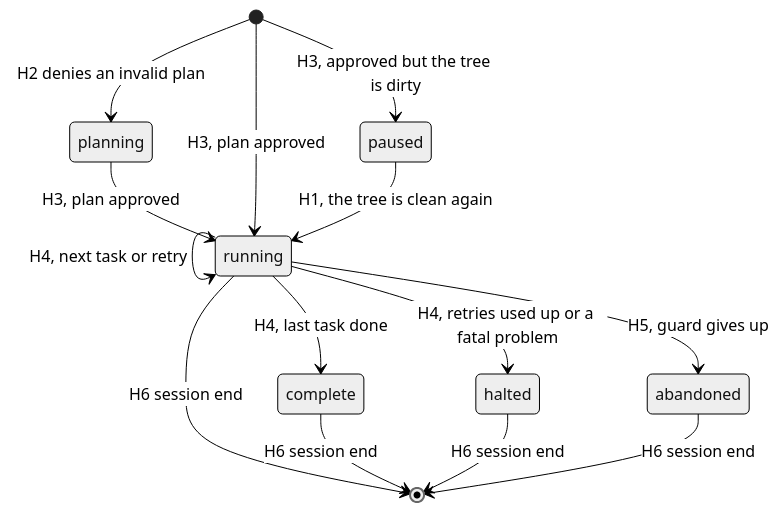
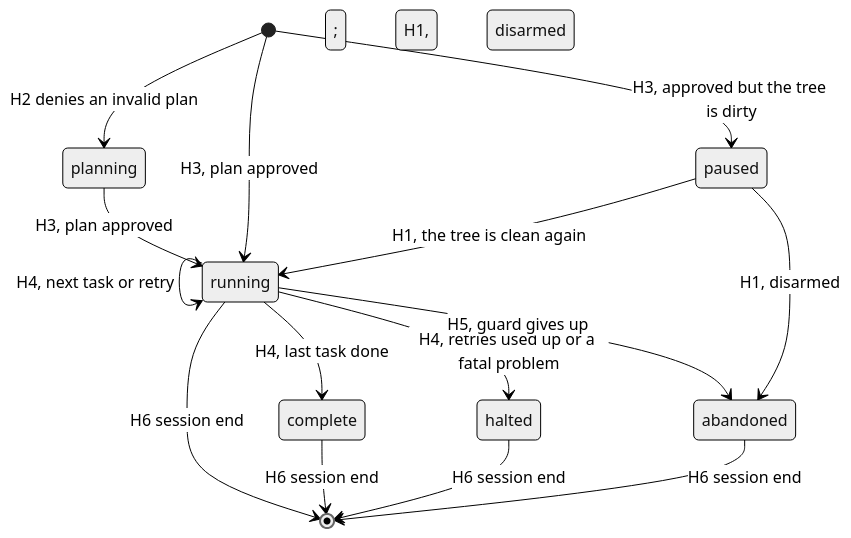
One commit to timschreiber/claude-plugins changed the second of 2 diagrams in docs/planandtier/planandtier-reference.md. Above: the diagram before and after it, drawn with Mermaid (neutral theme). The commit also changed other lines of this file and 7 other files, not shown here.

````diff
--- a/docs/planandtier/planandtier-reference.md
+++ b/docs/planandtier/planandtier-reference.md
@@ -616,16 +675,17 @@
 ```mermaid
 stateDiagram-v2
     [*] --> planning: H2 denies an invalid plan
     planning --> running: H3, plan approved
     [*] --> running: H3, plan approved
     [*] --> paused: H3, approved but the tree is dirty
     paused --> running: H1, the tree is clean again
     running --> running: H4, next task or retry
     running --> complete: H4, last task done
     running --> halted: H4, retries used up or a fatal problem
-    running --> abandoned: H5, guard gives up
+    running --> abandoned: H5, guard gives up; H1, disarmed
+    paused --> abandoned: H1, disarmed
     running --> [*]: H6 session end
     complete --> [*]: H6 session end
     halted --> [*]: H6 session end
     abandoned --> [*]: H6 session end
 ```
````
